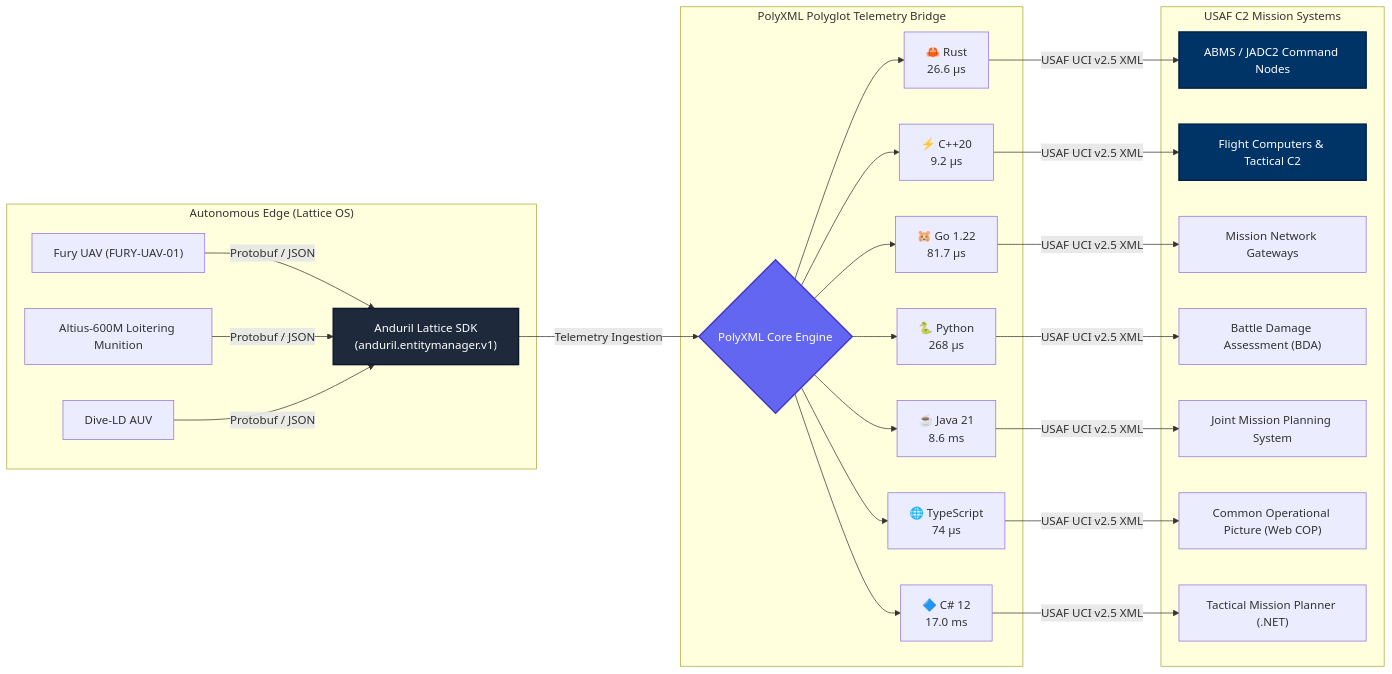
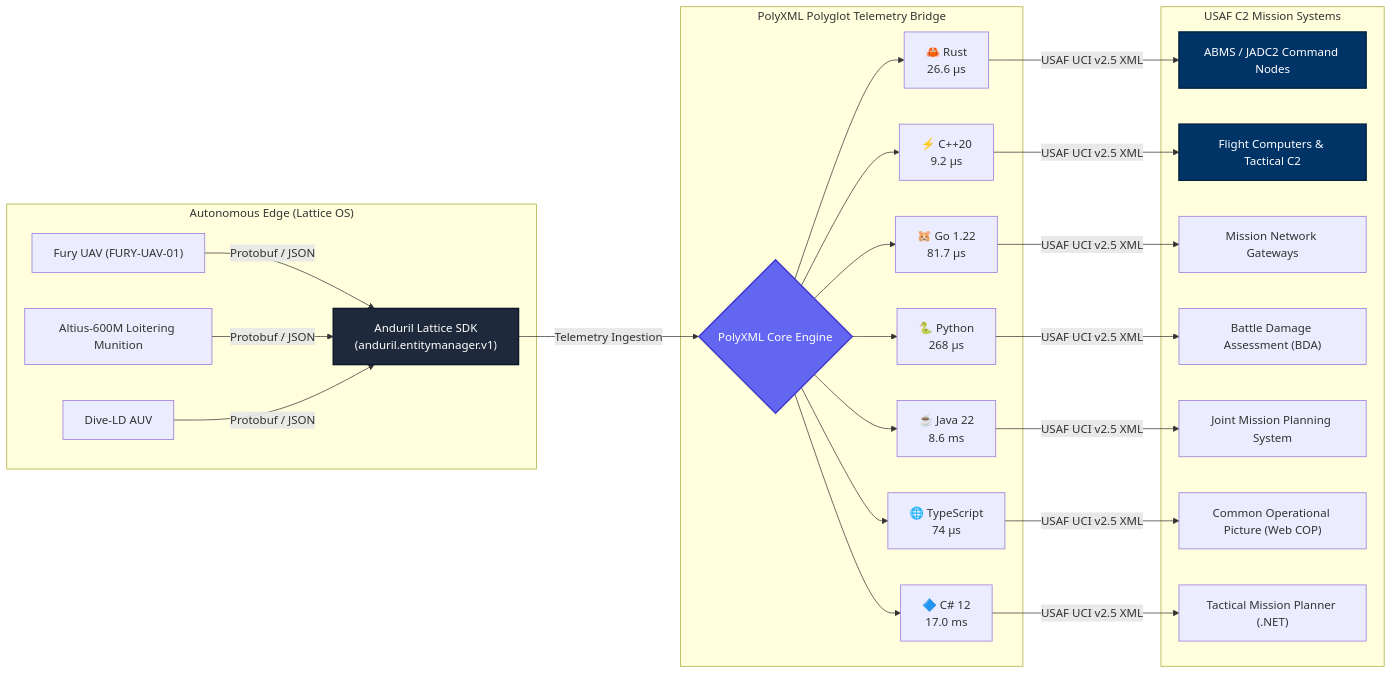
The first of 2 diagrams in README.md (nth-bailey/polyxml-examples), drawn with Mermaid before and after one commit. The commit also changed other lines of this file and 15 other files, not shown here.

````diff
--- a/README.md
+++ b/README.md
@@ -62,34 +62,34 @@
 ```mermaid
 flowchart LR
     subgraph "Autonomous Edge (Lattice OS)"
         L1["Fury UAV (FURY-UAV-01)"] -->|Protobuf / JSON| LSDK["Anduril Lattice SDK<br/>(anduril.entitymanager.v1)"]
         L2["Altius-600M Loitering Munition"] -->|Protobuf / JSON| LSDK
         L3["Dive-LD AUV"] -->|Protobuf / JSON| LSDK
     end
 
     subgraph "PolyXML Polyglot Telemetry Bridge"
         LSDK -->|Telemetry Ingestion| BRIDGE{"PolyXML Core Engine"}
         BRIDGE --> RUST["🦀 Rust<br/>26.6 μs"]
         BRIDGE --> CPP["⚡ C++20<br/>9.2 μs"]
         BRIDGE --> GO["🐹 Go 1.22<br/>81.7 μs"]
         BRIDGE --> PY["🐍 Python<br/>268 μs"]
-        BRIDGE --> JAVA["☕ Java 21<br/>8.6 ms"]
+        BRIDGE --> JAVA["☕ Java 22<br/>8.6 ms"]
         BRIDGE --> TS["🌐 TypeScript<br/>74 μs"]
         BRIDGE --> CS["🔷 C# 12<br/>17.0 ms"]
     end
 
     subgraph "USAF C2 Mission Systems"
         RUST -->|USAF UCI v2.5 XML| C2["ABMS / JADC2 Command Nodes"]
         CPP -->|USAF UCI v2.5 XML| AVIONICS["Flight Computers & Tactical C2"]
         GO -->|USAF UCI v2.5 XML| GW["Mission Network Gateways"]
         PY -->|USAF UCI v2.5 XML| ANALYTICS["Battle Damage Assessment (BDA)"]
         JAVA -->|USAF UCI v2.5 XML| ENTERPRISE["Joint Mission Planning System"]
         TS -->|USAF UCI v2.5 XML| COP["Common Operational Picture (Web COP)"]
         CS -->|USAF UCI v2.5 XML| PLANNER["Tactical Mission Planner (.NET)"]
     end
 
     style BRIDGE fill:#6366f1,stroke:#4338ca,stroke-width:2px,color:#fff
     style LSDK fill:#1e293b,stroke:#0f172a,stroke-width:2px,color:#fff
     style C2 fill:#003366,stroke:#002244,stroke-width:2px,color:#fff
     style AVIONICS fill:#003366,stroke:#002244,stroke-width:2px,color:#fff
 ```
````
